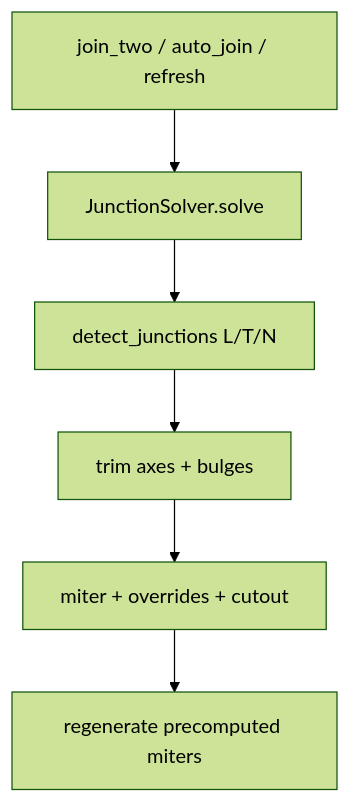
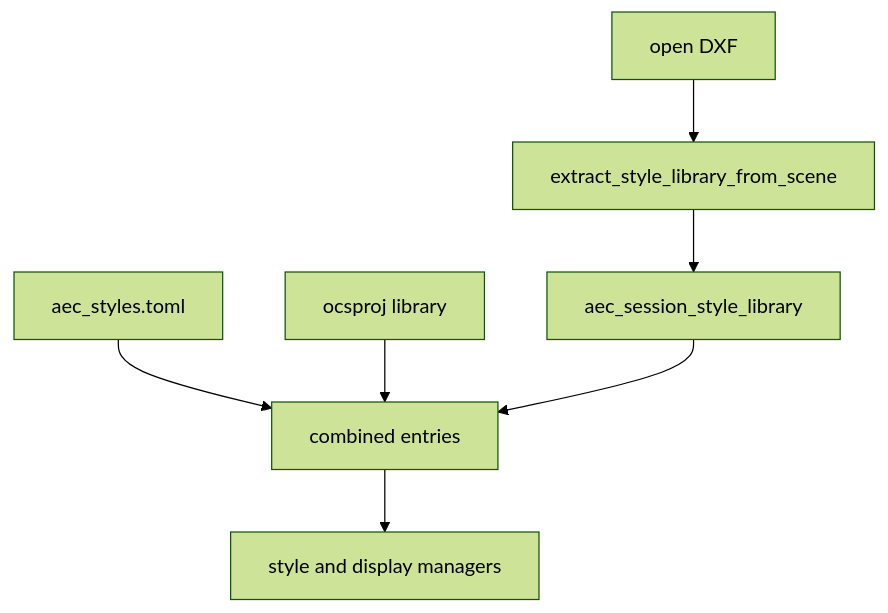
One commit to thkuhn/OpenCADStudio changed the diagram in .junie/plans/fix-wall-joins.md. Above: the diagram before and after it, drawn with Mermaid (forest theme). The commit also changed other lines of this file and 14 other files, not shown here.

````diff
--- a/.junie/plans/fix-wall-joins.md
+++ b/.junie/plans/fix-wall-joins.md
@@ -63,8 +50,9 @@
 ```mermaid
 graph TD
-  Cmd[join_two / auto_join / refresh] --> Sol[JunctionSolver.solve]
-  Sol --> Det[detect_junctions L/T/N]
-  Det --> Trim[trim axes + bulges]
-  Trim --> Mit[miter + overrides + cutout]
-  Mit --> Regen[regenerate precomputed miters]
+  Open[open DXF] --> Ext[extract_style_library_from_scene]
+  Ext --> Sess[aec_session_style_library]
+  Std[aec_styles.toml] --> Comb[combined entries]
+  Proj[ocsproj library] --> Comb
+  Sess --> Comb
+  Comb --> UI[style and display managers]
 ```
````
